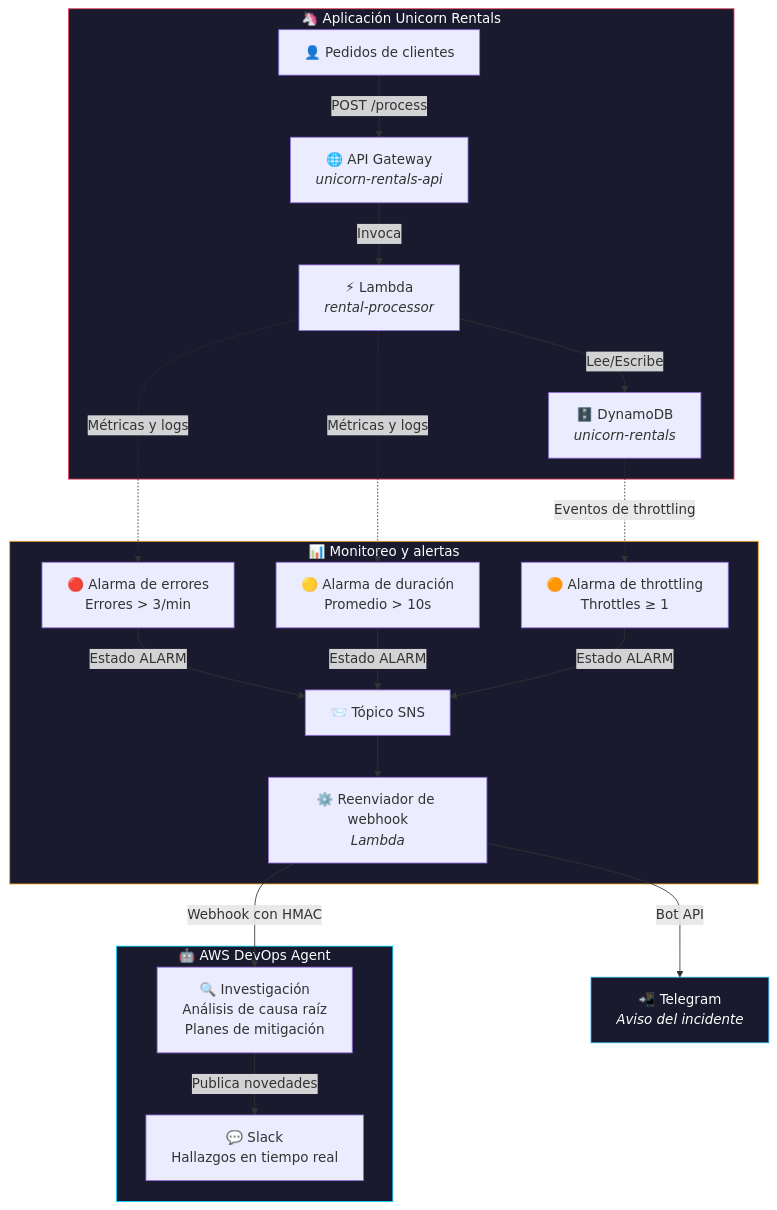
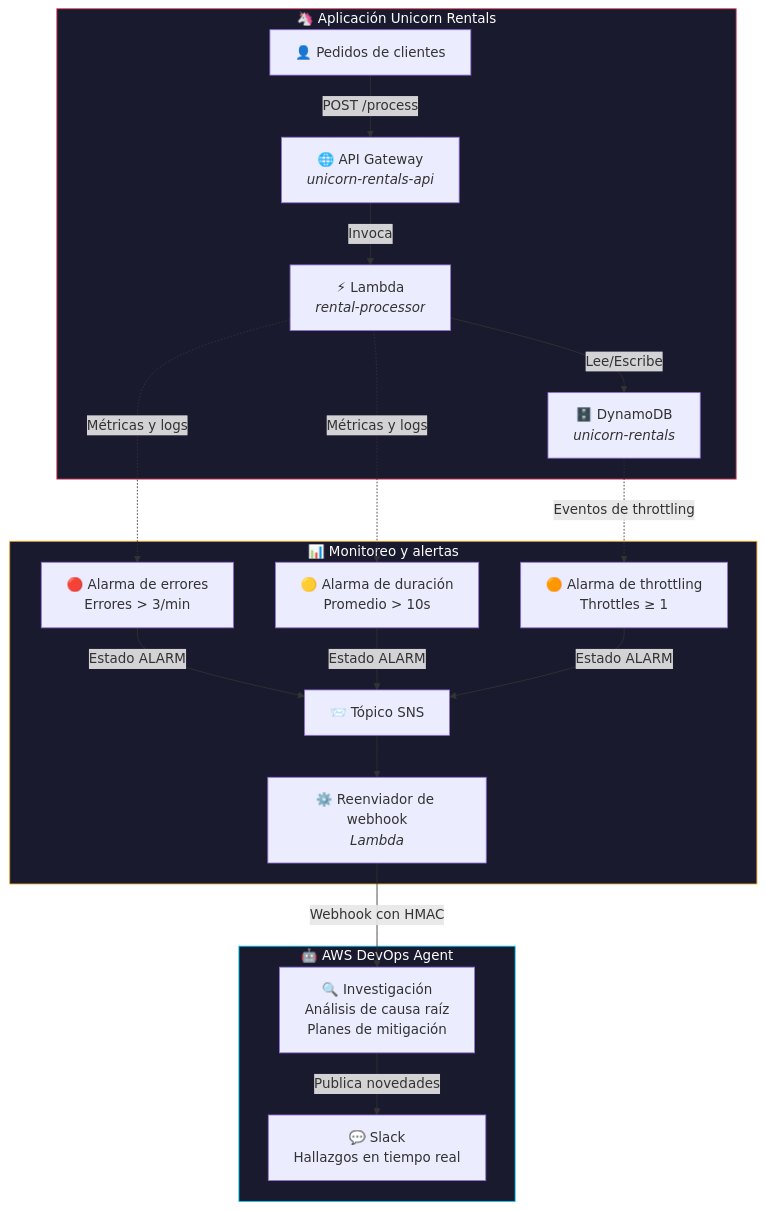
Before and after one commit to roxsross/aws-devops-agent-demo-cday-2026: the diagram in README.md, drawn with Mermaid. The commit also changed other lines of this file and 6 other files, not shown here.

````diff
--- a/README.md
+++ b/README.md
@@ -15,43 +9,39 @@
 ```mermaid
 graph TB
     subgraph app["🦄 Aplicación Unicorn Rentals"]
         Customer["👤 Pedidos de clientes"]
         APIGW["🌐 API Gateway<br/><i>unicorn-rentals-api</i>"]
         Lambda["⚡ Lambda<br/><i>rental-processor</i><br/>"]
         DDB["🗄️ DynamoDB<br/><i>unicorn-rentals</i><br/>"]
 
         Customer -->|"POST /process"| APIGW
         APIGW -->|"Invoca"| Lambda
         Lambda -->|"Lee/Escribe"| DDB
     end
 
     subgraph monitoring["📊 Monitoreo y alertas"]
         A1["🔴 Alarma de errores<br/>Errores > 3/min"]
         A2["🟡 Alarma de duración<br/>Promedio > 10s"]
         A3["🟠 Alarma de throttling<br/>Throttles ≥ 1"]
         SNS["📨 Tópico SNS"]
         Forwarder["⚙️ Reenviador de webhook<br/><i>Lambda</i>"]
 
         A1 & A2 & A3 -->|"Estado ALARM"| SNS
         SNS --> Forwarder
     end
 
     subgraph devops["🤖 AWS DevOps Agent"]
         Agent["🔍 Investigación<br/>Análisis de causa raíz<br/>Planes de mitigación"]
         Slack["💬 Slack<br/>Hallazgos en tiempo real"]
 
         Agent -->|"Publica novedades"| Slack
     end
 
-    Telegram["📲 Telegram<br/><i>Aviso del incidente</i>"]
-
     Lambda -.->|"Métricas y logs"| A1 & A2
     DDB -.->|"Eventos de throttling"| A3
     Forwarder -->|"Webhook con HMAC"| Agent
-    Forwarder -->|"Bot API"| Telegram
 
     style app fill:#1a1a2e,stroke:#e94560,color:#fff
     style monitoring fill:#1a1a2e,stroke:#f5a623,color:#fff
     style devops fill:#1a1a2e,stroke:#00d2ff,color:#fff
-    style Telegram fill:#1a1a2e,stroke:#2aabee,color:#fff
 ```
````
